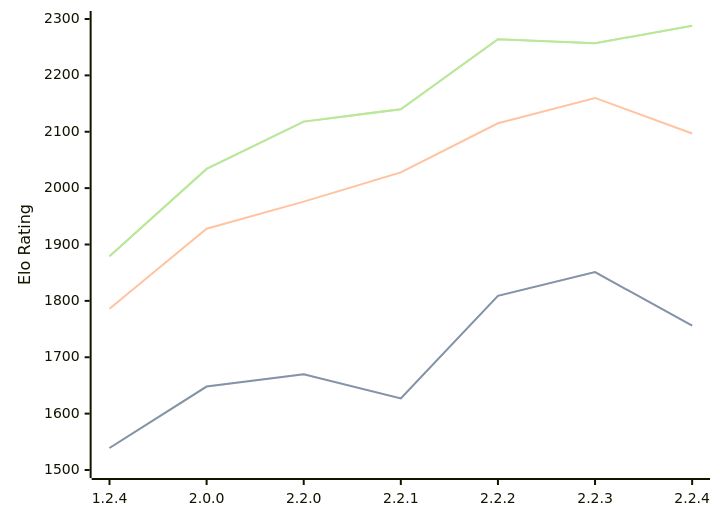
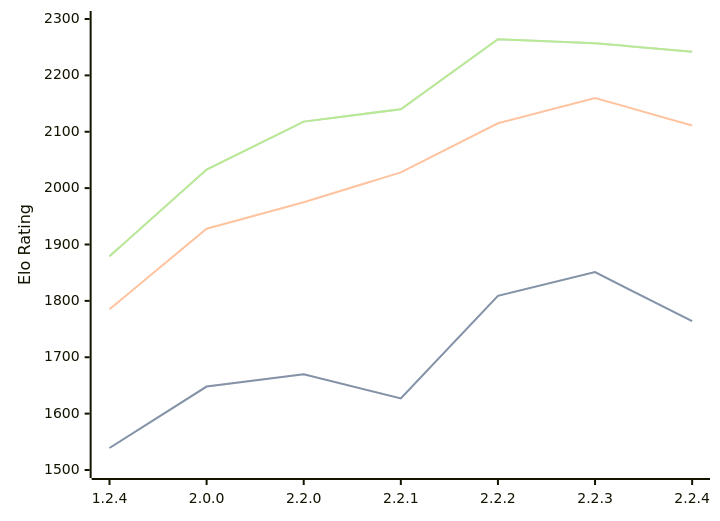
The diagram in engines/Kreveta.md (computer-chess-index/cci), drawn with Mermaid before and after one commit. The commit also changed other lines of this file, not shown here.

Commit message:
Update CCI Ratings (ELO VLTC) - 2026-03-06

````diff
--- a/engines/Kreveta.md
+++ b/engines/Kreveta.md
@@ -38,11 +38,11 @@
 ```mermaid
 %%{init: {"theme":"base","themeVariables":{"seriesColors:['#a3a3a3','#222221','#faa371']}}}%%
 xychart-beta
   x-axis ["1.2.4", "2.0.0", "2.2.0", "2.2.1", "2.2.2", "2.2.3", "2.2.4"]
   y-axis "Elo Rating" 1500 --> 2300
-  line "STC (8.0+0.08s)" [1539, 1648, 1670, 1627, 1809, 1851, 1756]
-  line "STC (8.0+0.08s)" [1539, 1648, 1670, 1627, 1809, 1851, 1756]
-  line "LTC (60.0+0.60s)" [1786, 1928, 1976, 2028, 2115, 2160, 2097]
-  line "VLTC (2m24s+1.12s)" [1879, 2034, 2118, 2140, 2264, 2257, 2288]
-  line "VLTC (2m24s+1.12s)" [1879, 2034, 2118, 2140, 2264, 2257, 2288]
+  line "STC (8.0+0.08s)" [1539, 1648, 1670, 1627, 1809, 1851, 1764]
+  line "STC (8.0+0.08s)" [1539, 1648, 1670, 1627, 1809, 1851, 1764]
+  line "LTC (60.0+0.60s)" [1785, 1928, 1975, 2028, 2115, 2160, 2111]
+  line "VLTC (2m24s+1.12s)" [1879, 2033, 2118, 2140, 2264, 2257, 2242]
+  line "VLTC (2m24s+1.12s)" [1879, 2033, 2118, 2140, 2264, 2257, 2242]
 ```
````
